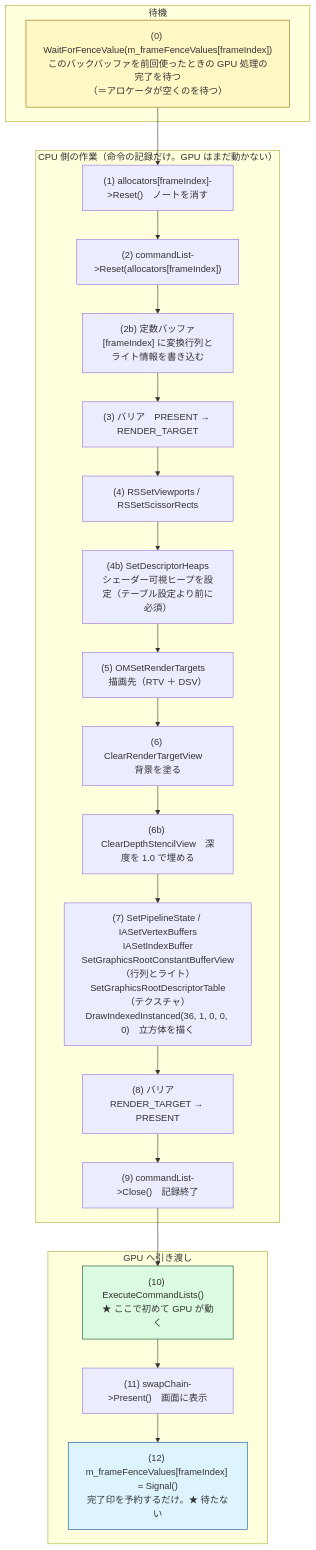
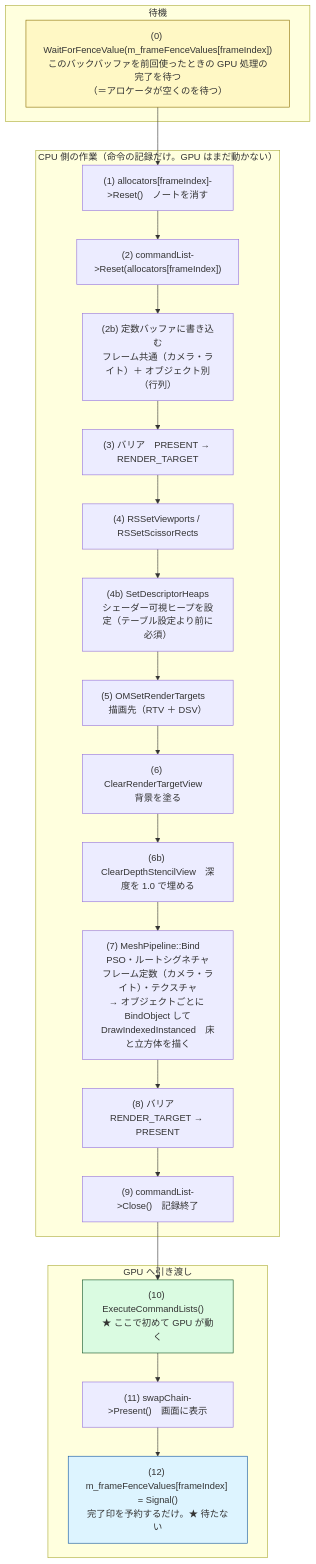
One commit to Tomonorarari-Think/DirectX12Dev changed the third of 4 diagrams in docs/design/描画フロー.md. Above: the diagram before and after it, drawn with Mermaid. The commit also changed other lines of this file and 24 other files, not shown here.

````diff
--- a/docs/design/描画フロー.md
+++ b/docs/design/描画フロー.md
@@ -106,36 +107,36 @@
 ```mermaid
 flowchart TD
     subgraph WAIT["待機"]
         W0["(0) WaitForFenceValue(m_frameFenceValues[frameIndex])<br/>このバックバッファを前回使ったときの GPU 処理の完了を待つ<br/>（＝アロケータが空くのを待つ）"]
     end
 
     subgraph CPU["CPU 側の作業（命令の記録だけ。GPU はまだ動かない）"]
         C1["(1) allocators[frameIndex]->Reset()　ノートを消す"]
         C2["(2) commandList->Reset(allocators[frameIndex])"]
-        C2b["(2b) 定数バッファ[frameIndex] に変換行列とライト情報を書き込む"]
+        C2b["(2b) 定数バッファに書き込む<br/>フレーム共通（カメラ・ライト）＋ オブジェクト別（行列）"]
         C3["(3) バリア　PRESENT → RENDER_TARGET"]
         C4["(4) RSSetViewports / RSSetScissorRects"]
         C4b["(4b) SetDescriptorHeaps<br/>シェーダー可視ヒープを設定（テーブル設定より前に必須）"]
         C5["(5) OMSetRenderTargets　描画先（RTV ＋ DSV）"]
         C6["(6) ClearRenderTargetView　背景を塗る"]
         C6b["(6b) ClearDepthStencilView　深度を 1.0 で埋める"]
-        C7["(7) SetPipelineState / IASetVertexBuffers<br/>IASetIndexBuffer<br/>SetGraphicsRootConstantBufferView（行列とライト）<br/>SetGraphicsRootDescriptorTable（テクスチャ）<br/>DrawIndexedInstanced(36, 1, 0, 0, 0)　立方体を描く"]
+        C7["(7) MeshPipeline::Bind　PSO・ルートシグネチャ<br/>フレーム定数（カメラ・ライト）・テクスチャ<br/>→ オブジェクトごとに BindObject して<br/>DrawIndexedInstanced　床と立方体を描く"]
         C8["(8) バリア　RENDER_TARGET → PRESENT"]
         C9["(9) commandList->Close()　記録終了"]
         C1 --> C2 --> C2b --> C3 --> C4 --> C4b --> C5 --> C6 --> C6b --> C7 --> C8 --> C9
     end
 
     subgraph GPU["GPU へ引き渡し"]
         G10["(10) ExecuteCommandLists()　★ ここで初めて GPU が動く"]
         G11["(11) swapChain->Present()　画面に表示"]
         G12["(12) m_frameFenceValues[frameIndex] = Signal()<br/>完了印を予約するだけ。★ 待たない"]
         G10 --> G11 --> G12
     end
 
     W0 --> C1
     C9 --> G10
 
     style W0 fill:#fff8c5,stroke:#8a6d00
     style G10 fill:#dafbe1,stroke:#0d4f21
     style G12 fill:#ddf4ff,stroke:#0a4f9e
 ```
````
